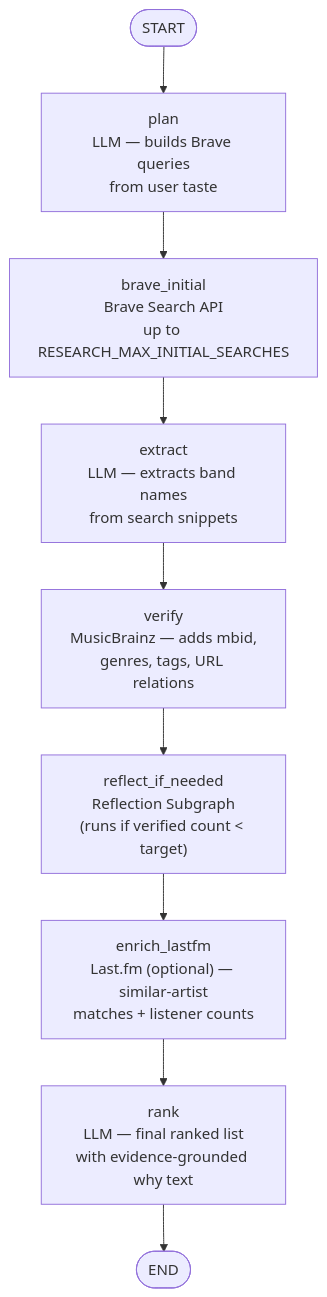
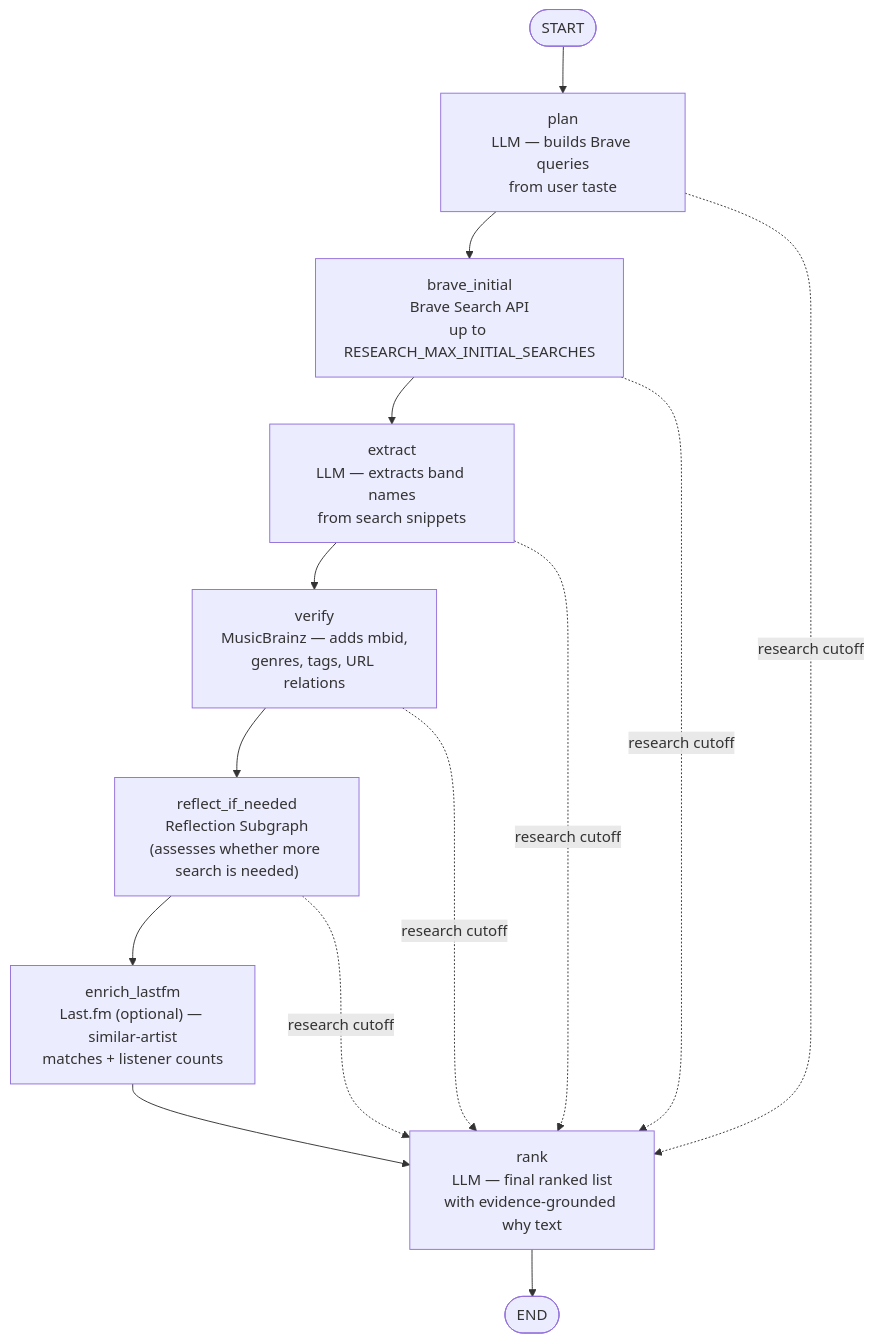
Before and after one commit to eikrad/bandsearch-app: the third of 6 diagrams in docs/architecture/ARCHITECTURE.md, drawn with Mermaid. The commit also changed other lines of this file and 20 other files, not shown here.

````diff
--- a/docs/architecture/ARCHITECTURE.md
+++ b/docs/architecture/ARCHITECTURE.md
@@ -135,11 +135,16 @@
 ```mermaid
 flowchart TD
     START(["START"]) --> plan["plan\nLLM — builds Brave queries\nfrom user taste"]
     plan --> brave_initial["brave_initial\nBrave Search API\nup to RESEARCH_MAX_INITIAL_SEARCHES"]
     brave_initial --> extract["extract\nLLM — extracts band names\nfrom search snippets"]
     extract --> verify["verify\nMusicBrainz — adds mbid,\ngenres, tags, URL relations"]
-    verify --> reflect_if_needed["reflect_if_needed\nReflection Subgraph\n(runs if verified count < target)"]
+    verify --> reflect_if_needed["reflect_if_needed\nReflection Subgraph\n(assesses whether more search is needed)"]
     reflect_if_needed --> enrich_lastfm["enrich_lastfm\nLast.fm (optional) — similar-artist\nmatches + listener counts"]
     enrich_lastfm --> rank["rank\nLLM — final ranked list\nwith evidence-grounded why text"]
     rank --> END(["END"])
+    plan -. research cutoff .-> rank
+    brave_initial -. research cutoff .-> rank
+    extract -. research cutoff .-> rank
+    verify -. research cutoff .-> rank
+    reflect_if_needed -. research cutoff .-> rank
 ```
````
